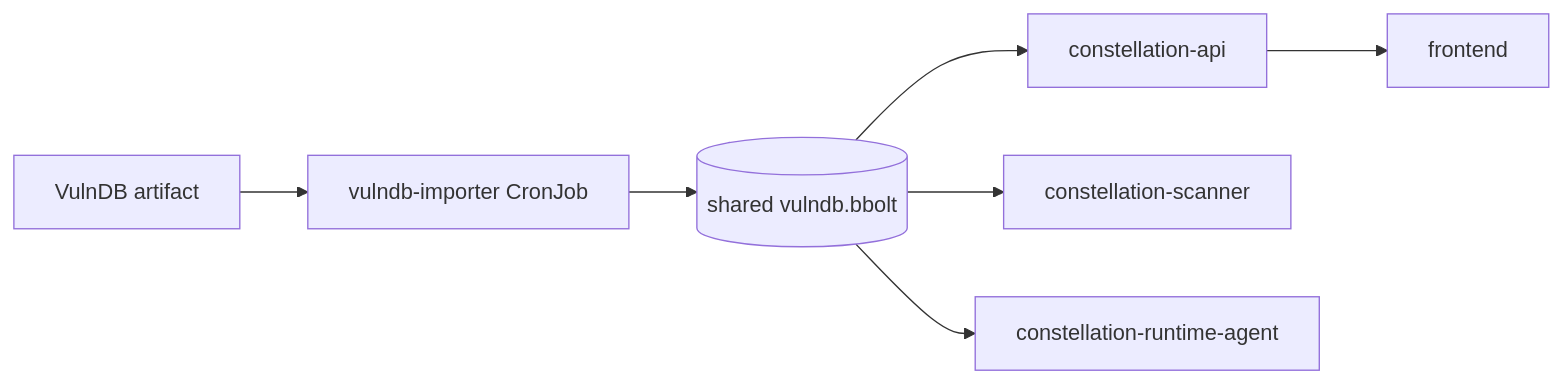
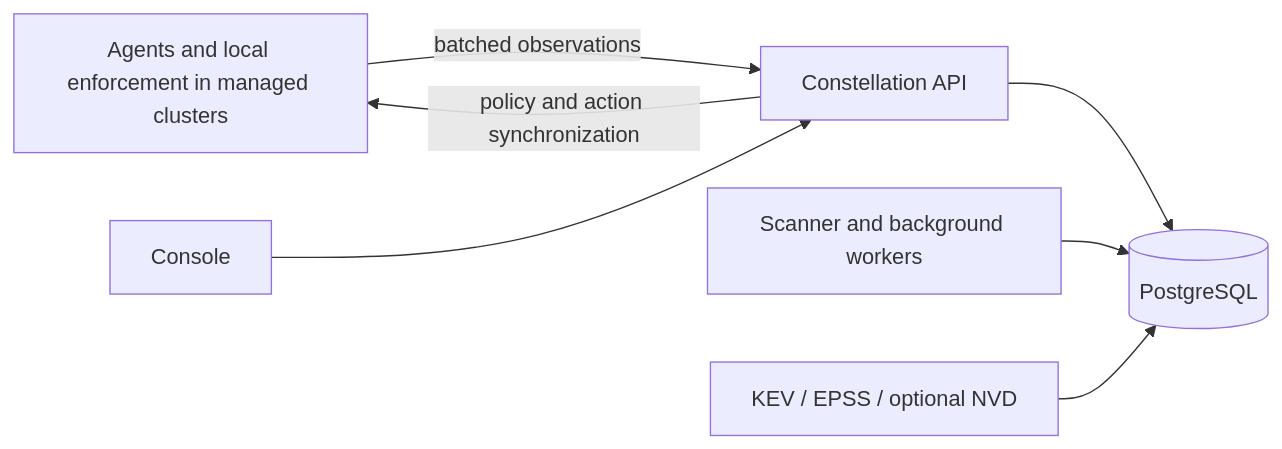
Before and after one commit to alphabravo-oss/constellation: the first of 3 diagrams in docs/architecture.md, drawn with Mermaid. The commit also changed other lines of this file and 1 other file, not shown here.

Commit message:
docs(architecture): define fleet ingestion and telemetry storage qualification

````diff
--- a/docs/architecture.md
+++ b/docs/architecture.md
@@ -38,17 +17,9 @@
 ```mermaid
 flowchart LR
-  Artifact[VulnDB artifact]
-  Importer[vulndb-importer CronJob]
-  Store[(shared vulndb.bbolt)]
-  API[constellation-api]
-  Scanner[constellation-scanner]
-  Runtime[constellation-runtime-agent]
-  UI[frontend]
-
-  Artifact --> Importer
-  Importer --> Store
-  Store --> API
-  Store --> Scanner
-  Store --> Runtime
-  API --> UI
+  Nodes[Agents and local enforcement in managed clusters] -->|batched observations| API[Constellation API]
+  API --> PG[(PostgreSQL)]
+  Workers[Scanner and background workers] --> PG
+  UI[Console] --> API
+  API -->|policy and action synchronization| Nodes
+  Feeds[KEV / EPSS / optional NVD] --> PG
 ```
````
